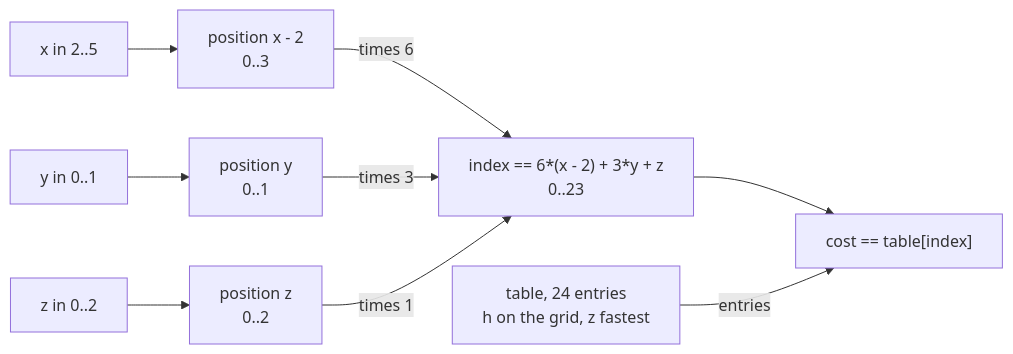
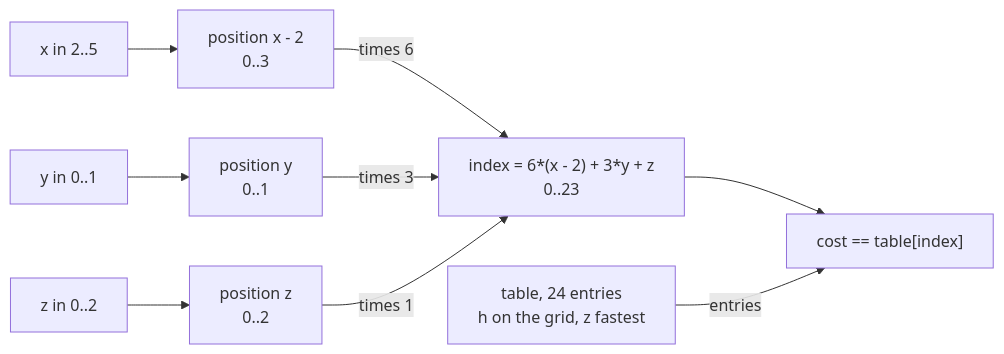
The second of 3 diagrams in plans/cpsat-table-lowering.md (spectre-ns/spyre-roadmap), drawn with Mermaid before and after one commit. The commit also changed other lines of this file, not shown here.

````diff
--- a/plans/cpsat-table-lowering.md
+++ b/plans/cpsat-table-lowering.md
@@ -397,11 +407,11 @@
 ```mermaid
 flowchart LR
     X["x in 2..5"] --> PX["position x - 2<br/>0..3"]
     Y["y in 0..1"] --> PY["position y<br/>0..1"]
     Z["z in 0..2"] --> PZ["position z<br/>0..2"]
-    PX -- "times 6" --> IDX["index == 6*(x - 2) + 3*y + z<br/>0..23"]
+    PX -- "times 6" --> IDX["index = 6*(x - 2) + 3*y + z<br/>0..23"]
     PY -- "times 3" --> IDX
     PZ -- "times 1" --> IDX
     IDX --> EL["cost == table[index]"]
     TAB["table, 24 entries<br/>h on the grid, z fastest"] -- entries --> EL
 ```
````
